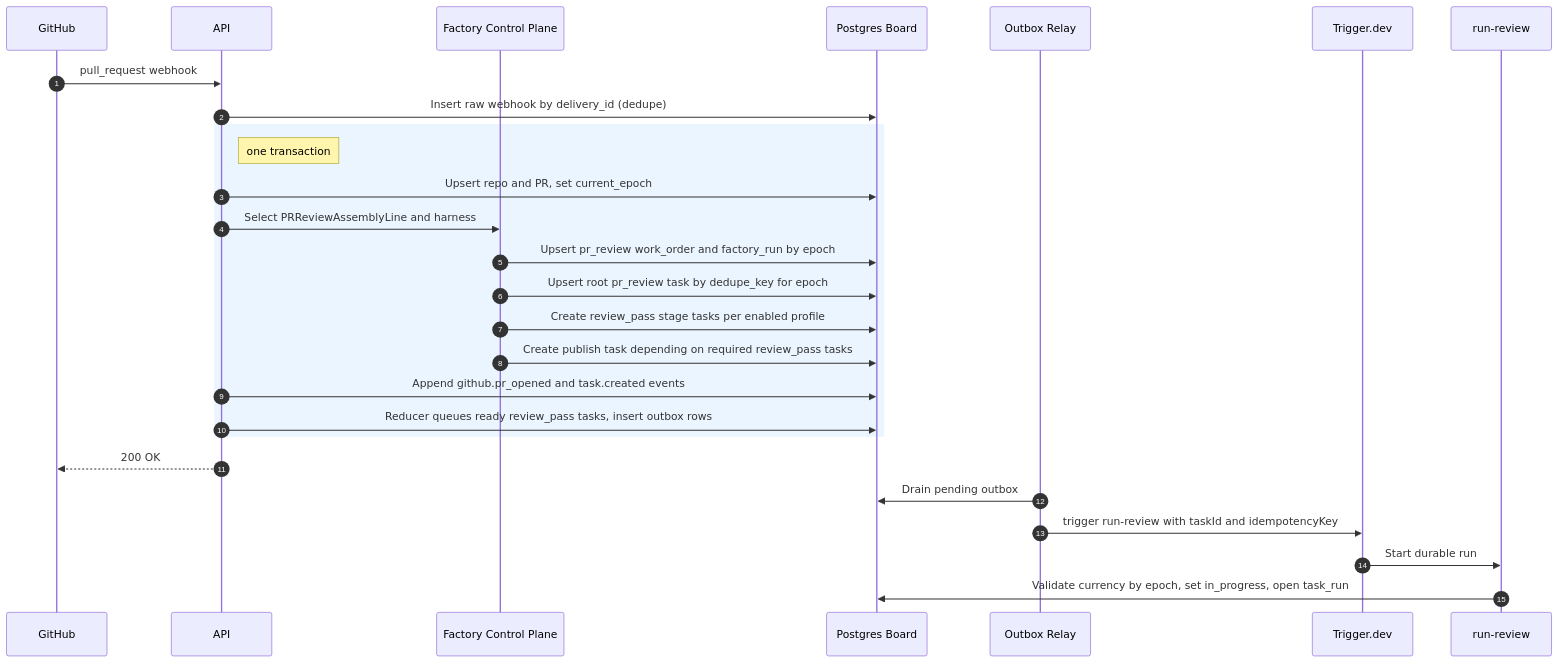
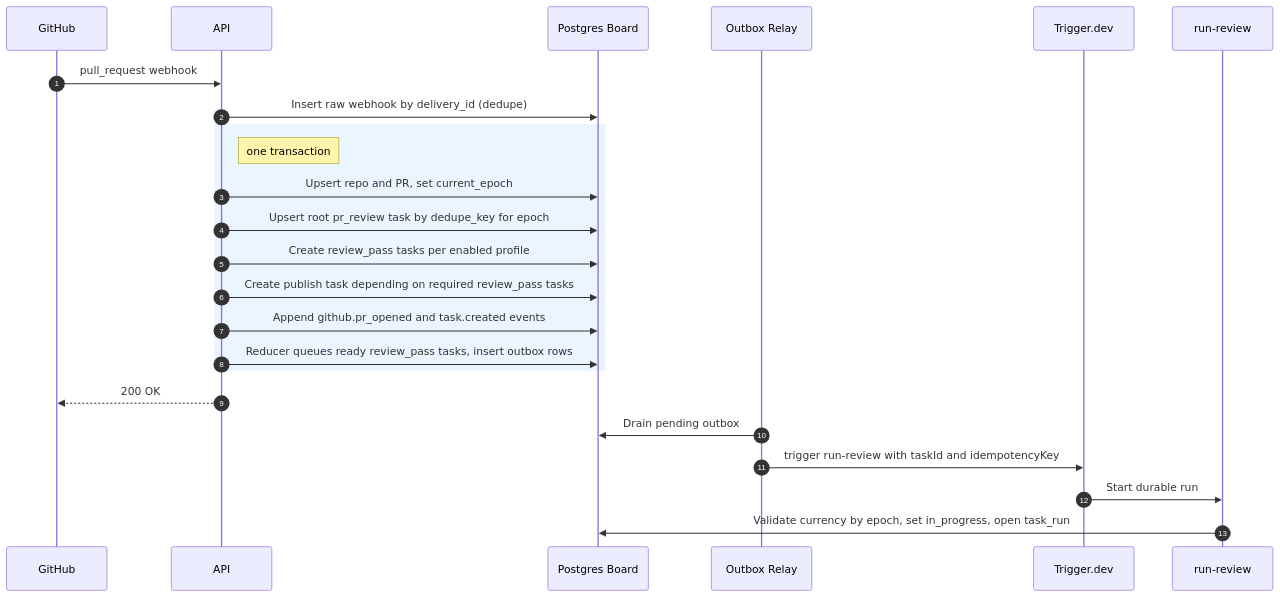
The second of 9 diagrams in docs/SEQUENCE_DIAGRAM.md (keon/jina-context-wiki-e2e-20260808), drawn with Mermaid before and after one commit. The commit also changed other lines of this file and 28 other files, not shown here.

````diff
--- a/docs/SEQUENCE_DIAGRAM.md
+++ b/docs/SEQUENCE_DIAGRAM.md
@@ -52,29 +48,26 @@
 ```mermaid
 sequenceDiagram
     autonumber
     participant GitHub
     participant API
-    participant Factory as Factory Control Plane
     participant Board as Postgres Board
     participant Relay as Outbox Relay
     participant Trigger as Trigger.dev
     participant Run as run-review
     GitHub->>API: pull_request webhook
     API->>Board: Insert raw webhook by delivery_id (dedupe)
     rect rgb(235,245,255)
     note right of API: one transaction
     API->>Board: Upsert repo and PR, set current_epoch
-    API->>Factory: Select PRReviewAssemblyLine and harness
-    Factory->>Board: Upsert pr_review work_order and factory_run by epoch
-    Factory->>Board: Upsert root pr_review task by dedupe_key for epoch
-    Factory->>Board: Create review_pass stage tasks per enabled profile
-    Factory->>Board: Create publish task depending on required review_pass tasks
+    API->>Board: Upsert root pr_review task by dedupe_key for epoch
+    API->>Board: Create review_pass tasks per enabled profile
+    API->>Board: Create publish task depending on required review_pass tasks
     API->>Board: Append github.pr_opened and task.created events
     API->>Board: Reducer queues ready review_pass tasks, insert outbox rows
     end
     API-->>GitHub: 200 OK
     Relay->>Board: Drain pending outbox
     Relay->>Trigger: trigger run-review with taskId and idempotencyKey
     Trigger->>Run: Start durable run
     Run->>Board: Validate currency by epoch, set in_progress, open task_run
 ```
````
